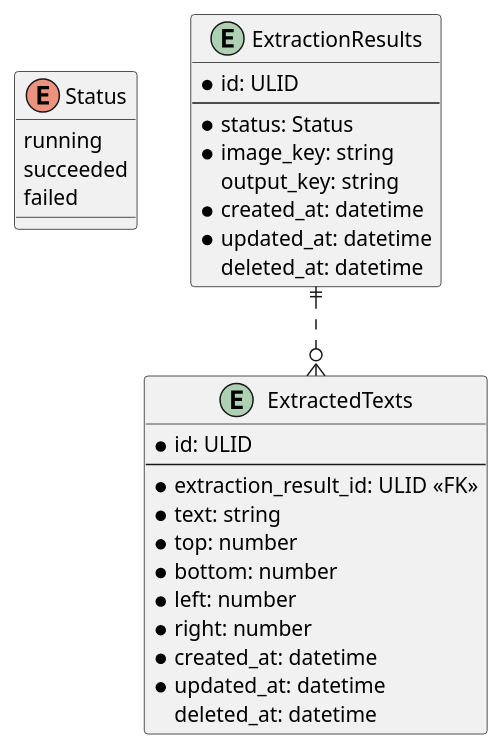
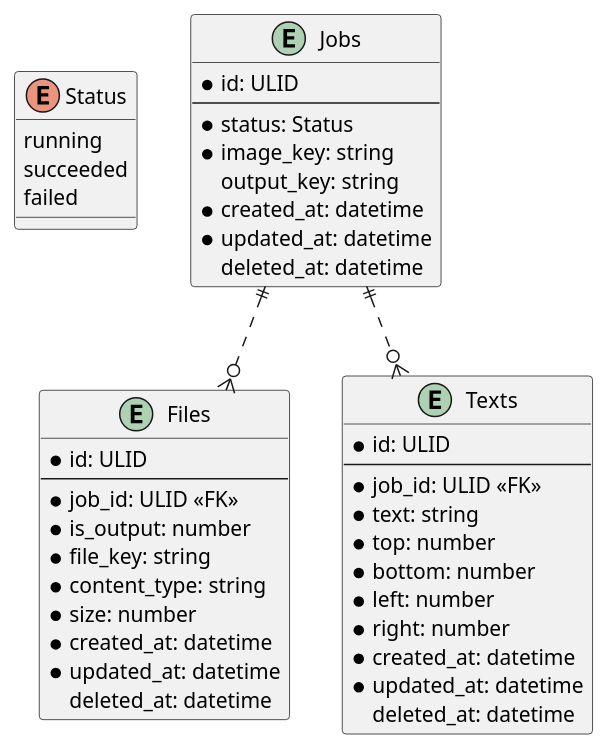
The diagram in backend/docs/db/tables.puml (ijufumi/google-vision-sample), drawn with PlantUML before and after one commit.

Commit message:
Restructured tables

```diff
--- a/backend/docs/db/tables.puml
+++ b/backend/docs/db/tables.puml
@@ -1,35 +1,49 @@
 @startuml
 enum Status {
   running
   succeeded
   failed
 }
 
-entity ExtractionResults {
+entity Jobs {
   * id: ULID
   --
   * status: Status
   * image_key: string
     output_key: string
   * created_at: datetime
   * updated_at: datetime
     deleted_at: datetime
 }
 
-entity ExtractedTexts {
+entity Files {
   * id: ULID
   --
-  * extraction_result_id: ULID <<FK>>
+  * job_id: ULID <<FK>>
+  * is_output: number
+  * file_key: string
+  * content_type: string
+  * size: number
+  * created_at: datetime
+  * updated_at: datetime
+    deleted_at: datetime
+}
+
+entity Texts {
+  * id: ULID
+  --
+  * job_id: ULID <<FK>>
   * text: string
   * top: number
   * bottom: number
   * left: number
   * right: number
   * created_at: datetime
   * updated_at: datetime
     deleted_at: datetime
 }
 
-ExtractionResults ||..o{ ExtractedTexts
+Jobs ||..o{ Texts
+Jobs ||..o{ Files
 
 @enduml
```
